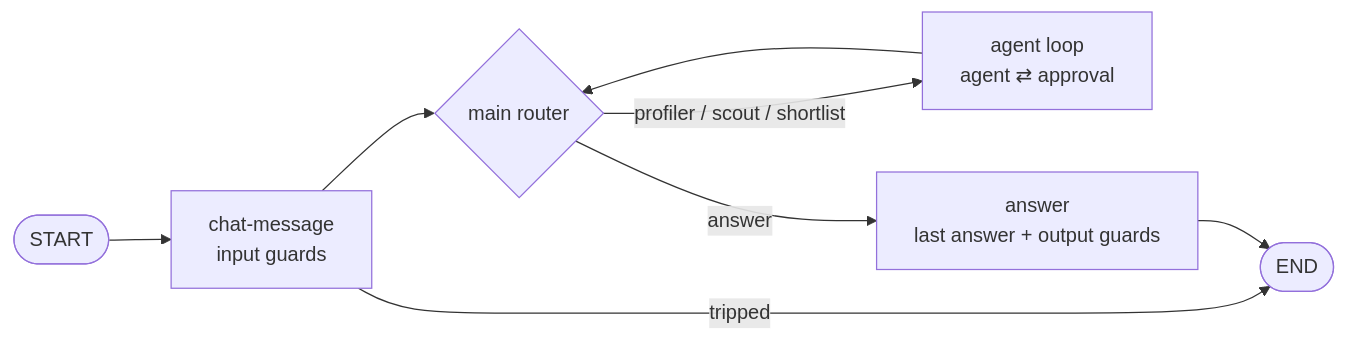
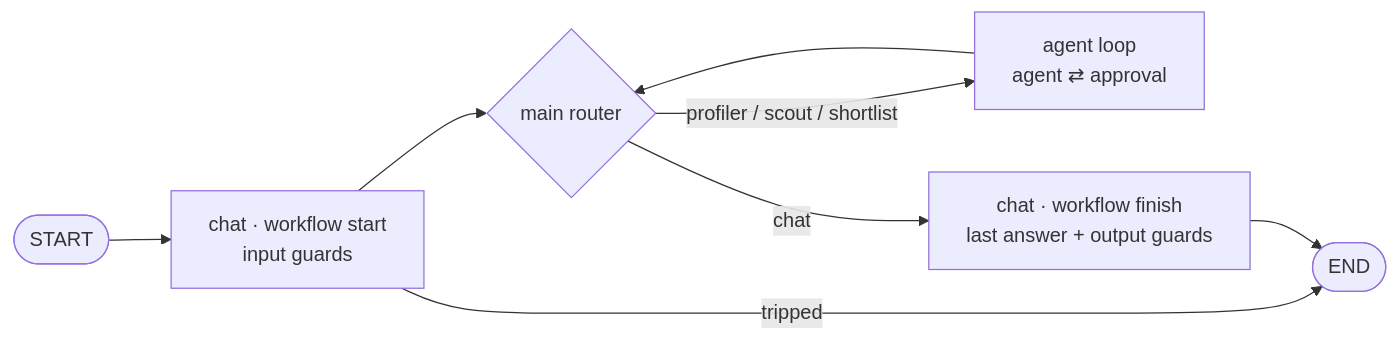
One commit to PavelRavvich/agbossjs changed the diagram in Architecture.md. Above: the diagram before and after it, drawn with Mermaid. The commit also changed other lines of this file and 10 other files, not shown here.

Commit message:
docs(#141): @WorkflowStart / @WorkflowFinish, standard DTOs by the hierarchy rule, RagRetrieval { results }, ToolCallApprovalDecision, PlainText

````diff
--- a/Architecture.md
+++ b/Architecture.md
@@ -10,9 +10,9 @@
 ```mermaid
 flowchart LR
-  S([START]) --> CE[chat-message<br/>input guards]
+  S([START]) --> CE[chat · workflow start<br/>input guards]
   CE -- tripped --> E([END])
   CE --> R{main router}
   R -- profiler / scout / shortlist --> A[agent loop<br/>agent ⇄ approval]
   A --> R
-  R -- answer --> C[answer<br/>last answer + output guards] --> E
+  R -- chat --> C[chat · workflow finish<br/>last answer + output guards] --> E
 ```
````
